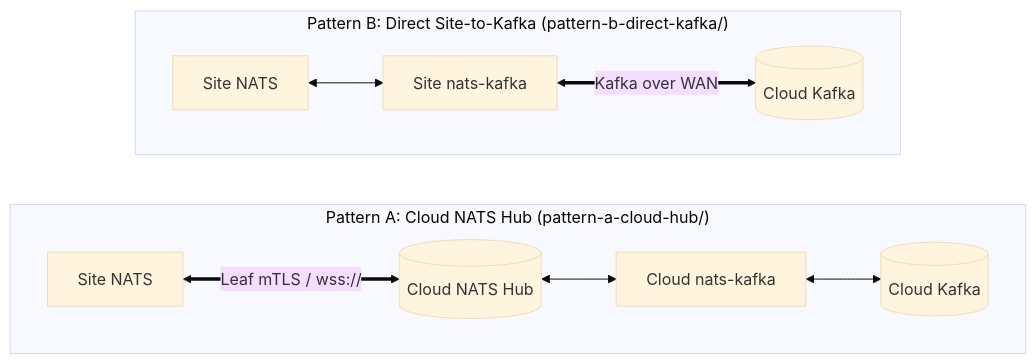
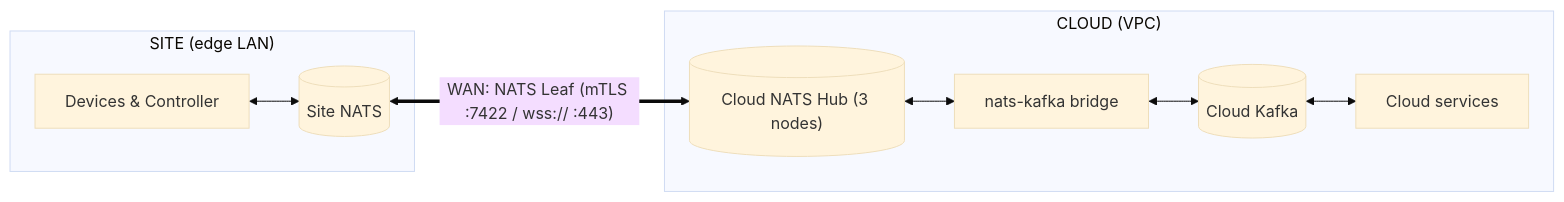
One commit to jinternals/nats-demo changed the first of 2 diagrams in README.md. Above: the diagram before and after it, drawn with Mermaid (base theme). The commit also changed other lines of this file and 3 other files, not shown here.

Commit message:
Make Site / WAN / Cloud boundaries explicit in all architecture diagrams

````diff
--- a/README.md
+++ b/README.md
@@ -19,13 +21,12 @@
 ```mermaid
 flowchart LR
-  subgraph A["Pattern A: Cloud NATS Hub (pattern-a-cloud-hub/)"]
-    direction LR
-    as["Site NATS"] <== "Leaf mTLS / wss://" ==> ah[("Cloud NATS Hub")]
-    ah <--> ab["Cloud nats-kafka"] <--> ak[("Cloud Kafka")]
+  subgraph siteA["SITE (edge LAN)"]
+    dA["Devices &amp; Controller"] <--> sA[("Site NATS")]
   end
 
-  subgraph B["Pattern B: Direct Site-to-Kafka (pattern-b-direct-kafka/)"]
-    direction LR
-    bs["Site NATS"] <--> bb["Site nats-kafka"] <== "Kafka over WAN" ==> bk[("Cloud Kafka")]
+  subgraph cloudA["CLOUD (VPC)"]
+    hA[("Cloud NATS Hub (3 nodes)")] <--> bA["nats-kafka bridge"] <--> kA[("Cloud Kafka")] <--> svcA["Cloud services"]
   end
+
+  sA <== "WAN: NATS Leaf (mTLS :7422 / wss:// :443)" ==> hA
 ```
````
